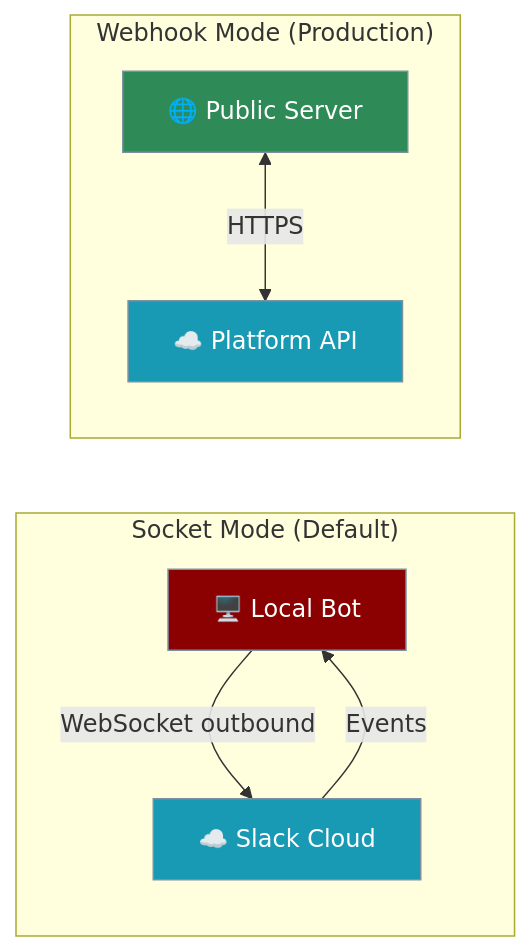
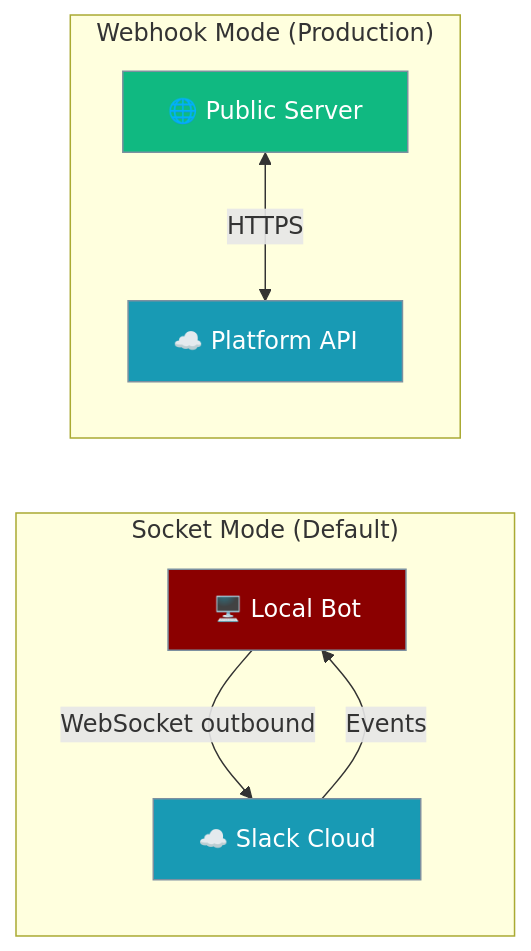
Before and after one commit to MervinPraison/PraisonAIDocs: the seventh of 16 diagrams in docs/features/messaging-bots.mdx, drawn with Mermaid. The commit also changed other lines of this file and 10 other files, not shown here.

First line of the commit message:
docs: normalise §3.1 Mermaid palette in features + tools (fixes #1556)

````diff
--- a/docs/features/messaging-bots.mdx
+++ b/docs/features/messaging-bots.mdx
@@ -535,19 +535,19 @@
 ```mermaid
 graph LR
     subgraph "Socket Mode (Default)"
         L[🖥️ Local Bot] -->|WebSocket outbound| S[☁️ Slack Cloud]
         S -->|Events| L
     end
     
     subgraph "Webhook Mode (Production)"
         W[🌐 Public Server] <-->|HTTPS| P[☁️ Platform API]
     end
     
     classDef local fill:#8B0000,stroke:#7C90A0,color:#fff
     classDef cloud fill:#189AB4,stroke:#7C90A0,color:#fff
-    classDef server fill:#2E8B57,stroke:#7C90A0,color:#fff
+    classDef server fill:#10B981,stroke:#7C90A0,color:#fff
     
     class L local
     class S,P cloud
     class W server
 ```
````
